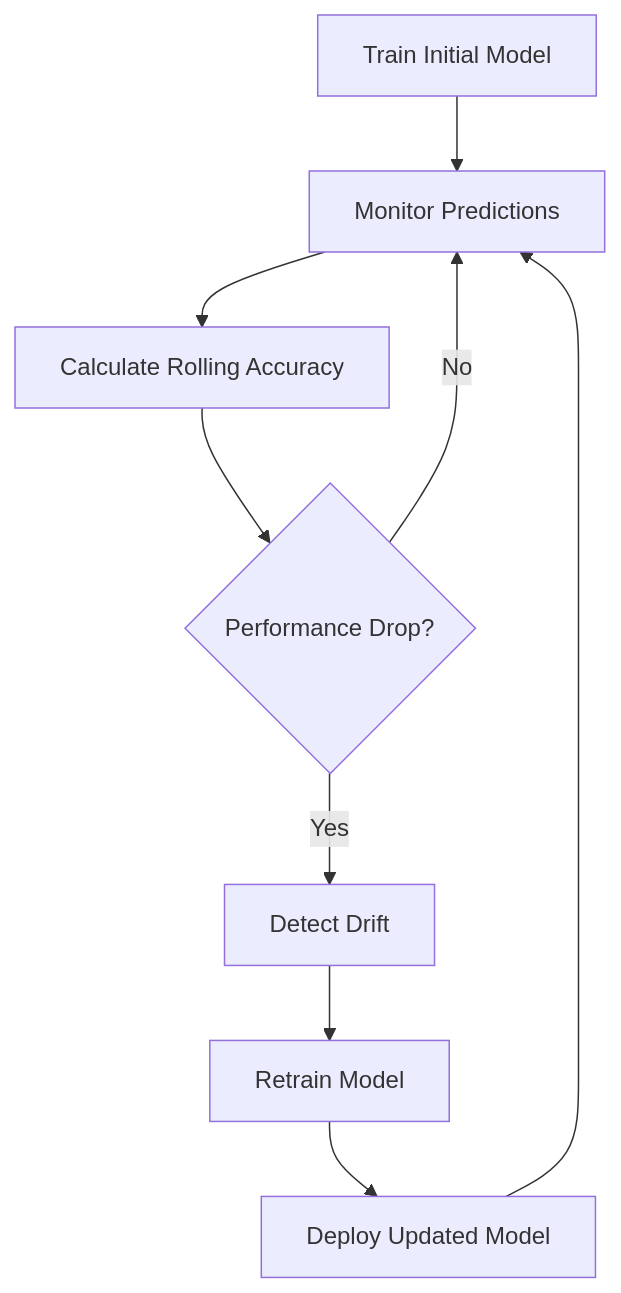
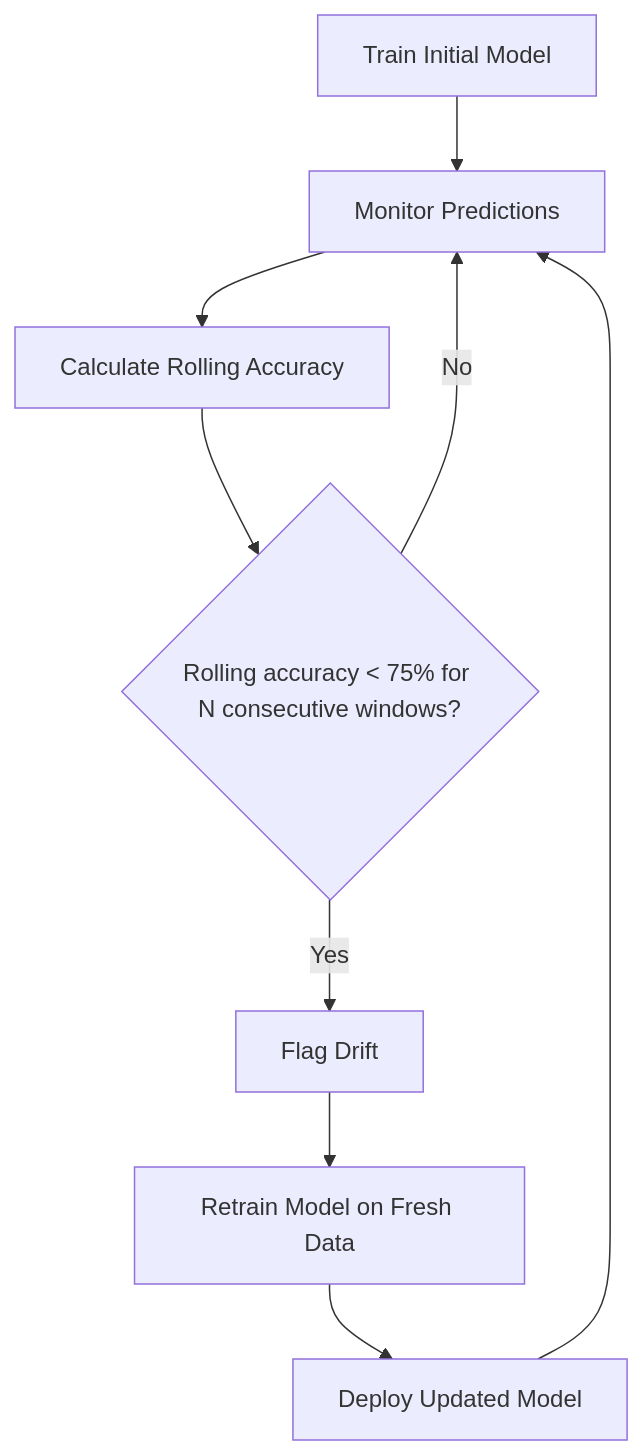
The diagram in README.md (ShreyaSindhe/AUTO-HEAL), drawn with Mermaid before and after one commit. The commit also changed other lines of this file and 1 other file, not shown here.

Commit message:
Update README with real metrics and correct AutoHeal retrain count; add runtime tracking to autoheal.py

````diff
--- a/README.md
+++ b/README.md
@@ -44,11 +81,11 @@
 ```mermaid
 flowchart TD
     A[Train Initial Model] --> B[Monitor Predictions]
     B --> C[Calculate Rolling Accuracy]
-    C --> D{Performance Drop?}
+    C --> D{Rolling accuracy < 75% for N consecutive windows?}
     D -- No --> B
-    D -- Yes --> E[Detect Drift]
-    E --> F[Retrain Model]
+    D -- Yes --> E[Flag Drift]
+    E --> F[Retrain Model on Fresh Data]
     F --> G[Deploy Updated Model]
     G --> B
 ```
````
